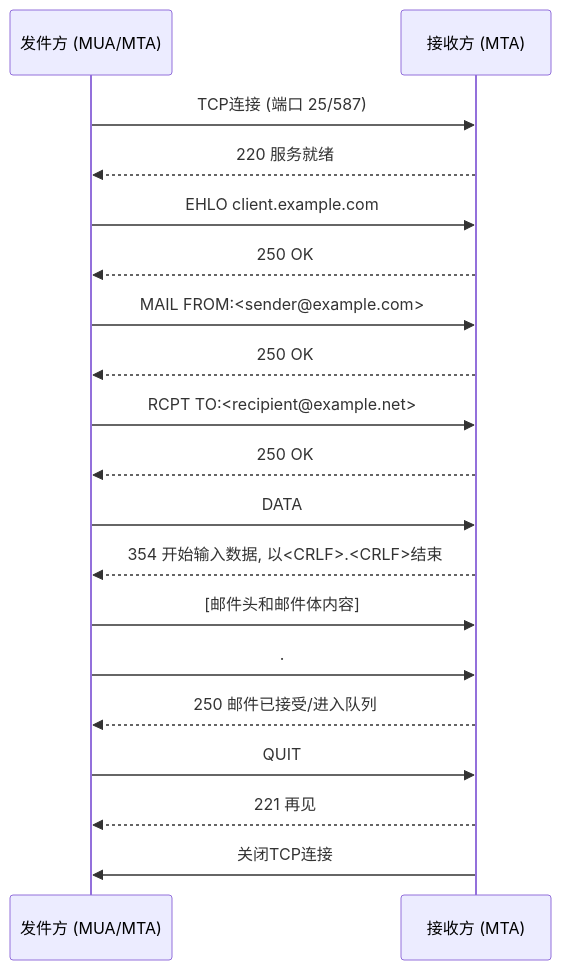
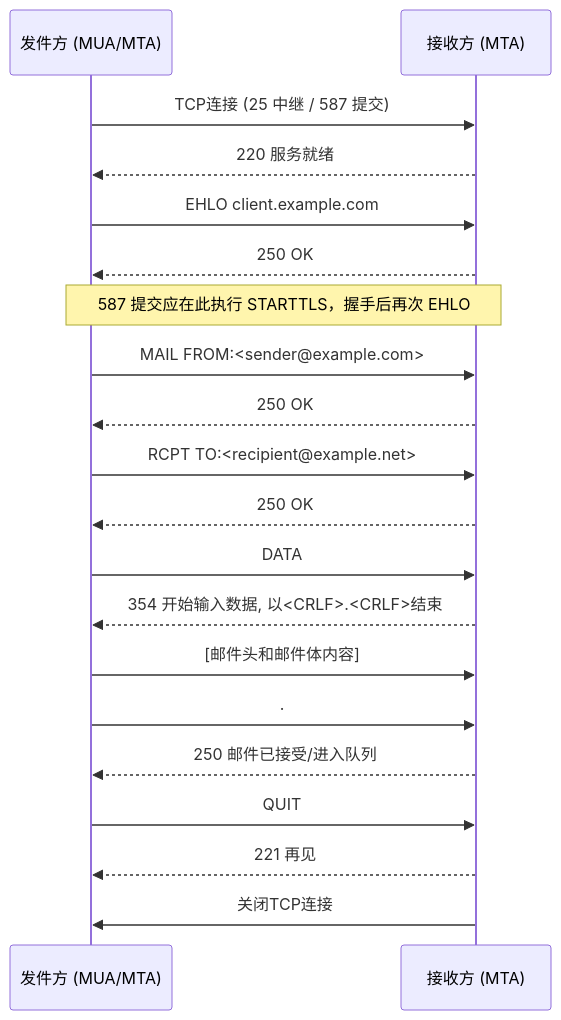
One commit to woweijun123/woweijun123.github.io changed the diagram in src/site/notes/Work/Linux/Network/SMTP.md. Above: the diagram before and after it, drawn with Mermaid. The commit also changed other lines of this file and 99 other files, not shown here.

````diff
--- a/src/site/notes/Work/Linux/Network/SMTP.md
+++ b/src/site/notes/Work/Linux/Network/SMTP.md
@@ -28,28 +29,22 @@
 ```mermaid
 sequenceDiagram
     participant Client as 发件方 (MUA/MTA)
     participant Server as 接收方 (MTA)
-
-    Client->>Server: TCP连接 (端口 25/587)
+    Client->>Server: TCP连接 (25 中继 / 587 提交)
     Server-->>Client: 220 服务就绪
-    
     Client->>Server: EHLO client.example.com
     Server-->>Client: 250 OK
-    
+    Note over Client,Server: 587 提交应在此执行 STARTTLS，握手后再次 EHLO
     Client->>Server: MAIL FROM:<sender@example.com>
     Server-->>Client: 250 OK
-    
     Client->>Server: RCPT TO:<recipient@example.net>
     Server-->>Client: 250 OK
-    
     Client->>Server: DATA
     Server-->>Client: 354 开始输入数据, 以<CRLF>.<CRLF>结束
-    
     Client->>Server: [邮件头和邮件体内容]
     Client->>Server: .
     Server-->>Client: 250 邮件已接受/进入队列
-    
     Client->>Server: QUIT
     Server-->>Client: 221 再见
     Server->>Client: 关闭TCP连接
 ```
````
